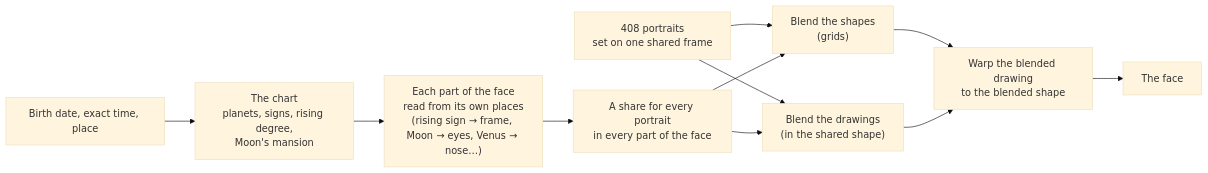
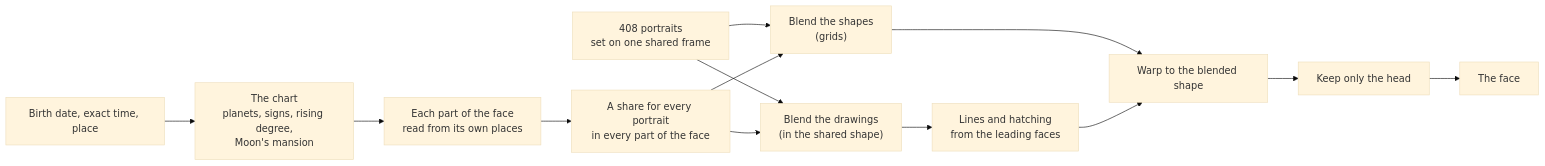
Before and after one commit to prisoner1406/birth-face: the diagram in README.md, drawn with Mermaid (base theme). The commit also changed other lines of this file and 18 other files, not shown here.

First line of the commit message:
Birth Face 1.13.2: skin and hair that keep the drawing; README in depth

````diff
--- a/README.md
+++ b/README.md
@@ -57,13 +175,15 @@
 ```mermaid
 flowchart LR
     A["Birth date, exact time, place"] --> B["The chart<br/>planets, signs, rising degree,<br/>Moon's mansion"]
-    B --> C["Each part of the face<br/>read from its own places<br/>(rising sign → frame, Moon → eyes, Venus → nose…)"]
+    B --> C["Each part of the face<br/>read from its own places"]
     C --> D["A share for every portrait<br/>in every part of the face"]
     E["408 portraits<br/>set on one shared frame"] --> F["Blend the shapes<br/>(grids)"]
     E --> G["Blend the drawings<br/>(in the shared shape)"]
     D --> F
     D --> G
-    F --> H["Warp the blended drawing<br/>to the blended shape"]
-    G --> H
-    H --> I["The face"]
+    G --> J["Lines and hatching<br/>from the leading faces"]
+    F --> H["Warp to the blended shape"]
+    J --> H
+    H --> K["Keep only the head"]
+    K --> I["The face"]
 ```
````
